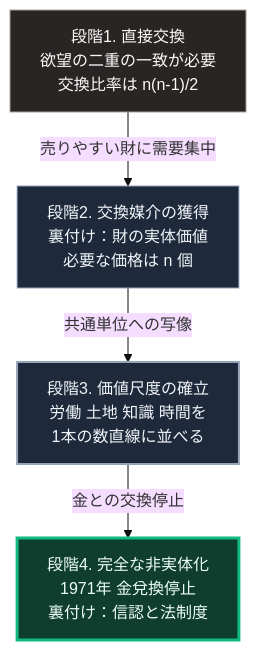
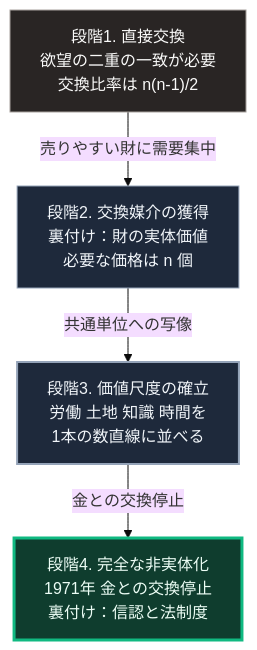
One commit to Takenori-Kusaka/zenn-content changed the diagram in books/sovereign-resilience-blueprint/capitalism-history.md. Above: the diagram before and after it, drawn with Mermaid (base theme). The commit also changed 15 other files, not shown here.

````diff
--- a/books/sovereign-resilience-blueprint/capitalism-history.md
+++ b/books/sovereign-resilience-blueprint/capitalism-history.md
@@ -81,12 +81,12 @@
 ```mermaid
 flowchart TD
     A["段階1. 直接交換<br>欲望の二重の一致が必要<br>交換比率は n(n-1)/2"]
     A -->|売りやすい財に需要集中| B[段階2. 交換媒介の獲得<br>裏付け：財の実体価値<br>必要な価格は n 個]
     B -->|共通単位への写像| C[段階3. 価値尺度の確立<br>労働 土地 知識 時間を<br>1本の数直線に並べる]
-    C -->|金との交換停止| D[段階4. 完全な非実体化<br>1971年 金兌換停止<br>裏付け：信認と法制度]
+    C -->|金との交換停止| D[段階4. 完全な非実体化<br>1971年 金との交換停止<br>裏付け：信認と法制度]
 
     style A fill:#292524,stroke:#a8a29e,color:#fafaf9
     style B fill:#1e293b,stroke:#94a3b8,color:#f1f5f9
     style C fill:#1e293b,stroke:#94a3b8,stroke-width:2px,color:#f1f5f9
     style D fill:#0f3d2e,stroke:#10b981,stroke-width:3px,color:#ecfdf5
 ```
````
